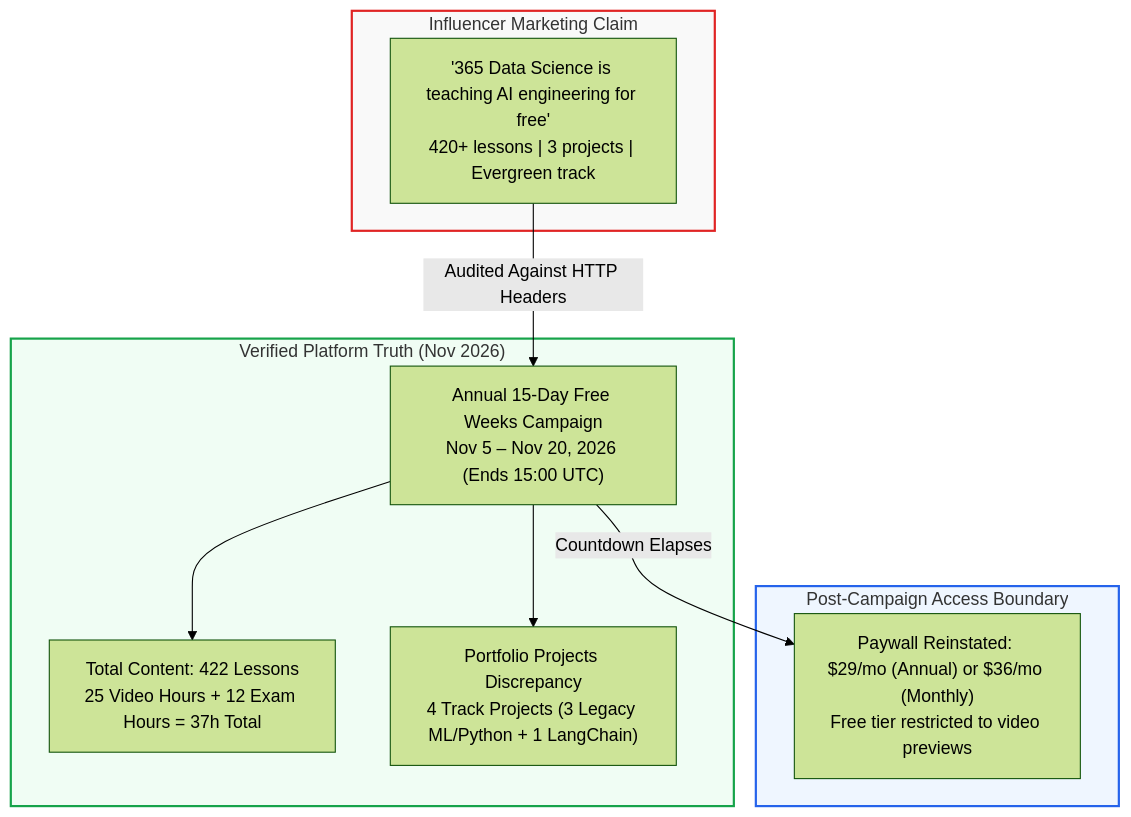
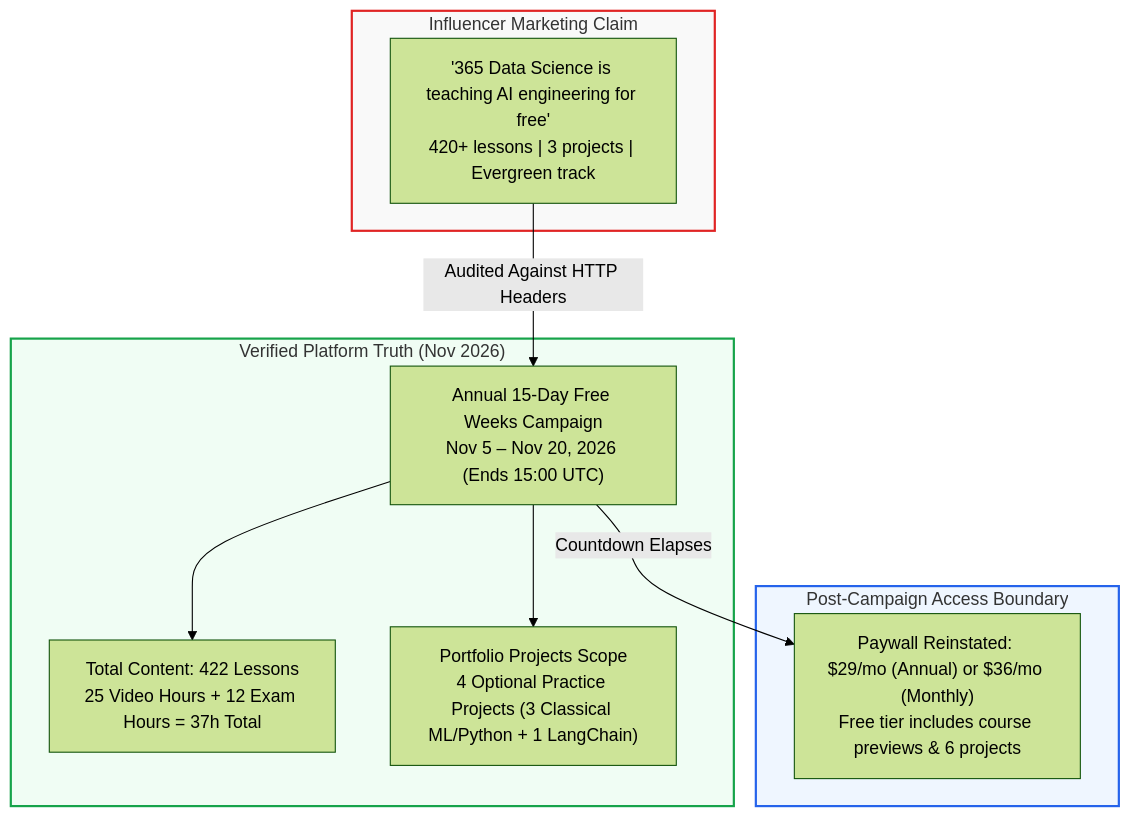
Before and after one commit to akillness/akillness.github.io: the first of 2 diagrams in _posts/2026-11-08-365-data-science-ai-agent-curriculum-audit.md, drawn with Mermaid (forest theme). The commit also changed other lines of this file, not shown here.

Commit message:
fix(blog): correct 365 Data Science track audit claims and boundaries

````diff
--- a/_posts/2026-11-08-365-data-science-ai-agent-curriculum-audit.md
+++ b/_posts/2026-11-08-365-data-science-ai-agent-curriculum-audit.md
@@ -28,25 +37,25 @@
 ```mermaid
 flowchart TD
     subgraph LinkedInClaim ["Influencer Marketing Claim"]
         A["'365 Data Science is teaching AI engineering for free'<br/>420+ lessons | 3 projects | Evergreen track"]
     end
 
     subgraph TechnicalReality ["Verified Platform Truth (Nov 2026)"]
         B["Annual 15-Day Free Weeks Campaign<br/>Nov 5 – Nov 20, 2026 (Ends 15:00 UTC)"]
         C["Total Content: 422 Lessons<br/>25 Video Hours + 12 Exam Hours = 37h Total"]
-        D["Portfolio Projects Discrepancy<br/>4 Track Projects (3 Legacy ML/Python + 1 LangChain)"]
+        D["Portfolio Projects Scope<br/>4 Optional Practice Projects (3 Classical ML/Python + 1 LangChain)"]
     end
 
     subgraph PostWindow ["Post-Campaign Access Boundary"]
-        E["Paywall Reinstated: $29/mo (Annual) or $36/mo (Monthly)<br/>Free tier restricted to video previews"]
+        E["Paywall Reinstated: $29/mo (Annual) or $36/mo (Monthly)<br/>Free tier includes course previews & 6 projects"]
     end
 
     A -->|Audited Against HTTP Headers| B
     B --> C
     B --> D
     B -->|Countdown Elapses| E
 
     style LinkedInClaim fill:#f9f9f9,stroke:#e02424,stroke-width:2px
     style TechnicalReality fill:#f0fdf4,stroke:#16a34a,stroke-width:2px
     style PostWindow fill:#eff6ff,stroke:#2563eb,stroke-width:2px
 ```
````
